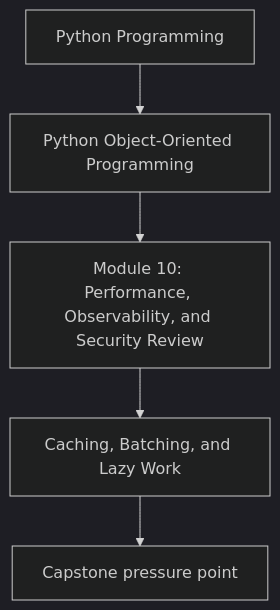
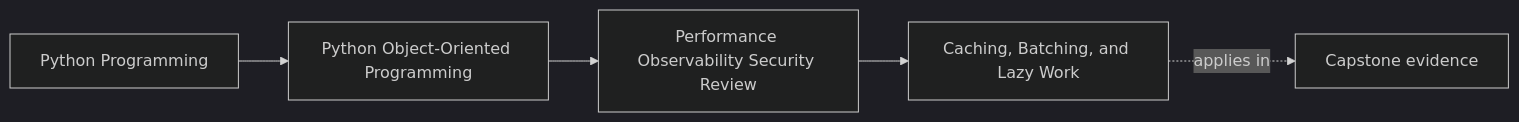
The first of 2 diagrams in programs/python-programming/python-object-oriented-programming/course-book/module-10-performance-observability-security-review/caching-batching-and-lazy-work.md (bijux/bijux-masterclass), drawn with Mermaid (dark theme) before and after one commit. The commit also changed other lines of this file and 103 other files, not shown here.

Commit message:
docs(python-object-oriented-programming): map sustainment and capstone surfaces

````diff
--- a/programs/python-programming/python-object-oriented-programming/course-book/module-10-performance-observability-security-review/caching-batching-and-lazy-work.md
+++ b/programs/python-programming/python-object-oriented-programming/course-book/module-10-performance-observability-security-review/caching-batching-and-lazy-work.md
@@ -7,7 +7,11 @@
 ```mermaid
-flowchart TD
-  family["Python Programming"] --> program["Python Object-Oriented Programming"]
-  program --> module["Module 10: Performance, Observability, and Security Review"]
-  module --> concept["Caching, Batching, and Lazy Work"]
-  concept --> capstone["Capstone pressure point"]
+graph LR
+  family["Python Programming"]
+  program["Python Object-Oriented Programming"]
+  section["Performance Observability Security Review"]
+  page["Caching, Batching, and Lazy Work"]
+  capstone["Capstone evidence"]
+
+  family --> program --> section --> page
+  page -.applies in.-> capstone
 ```
````
